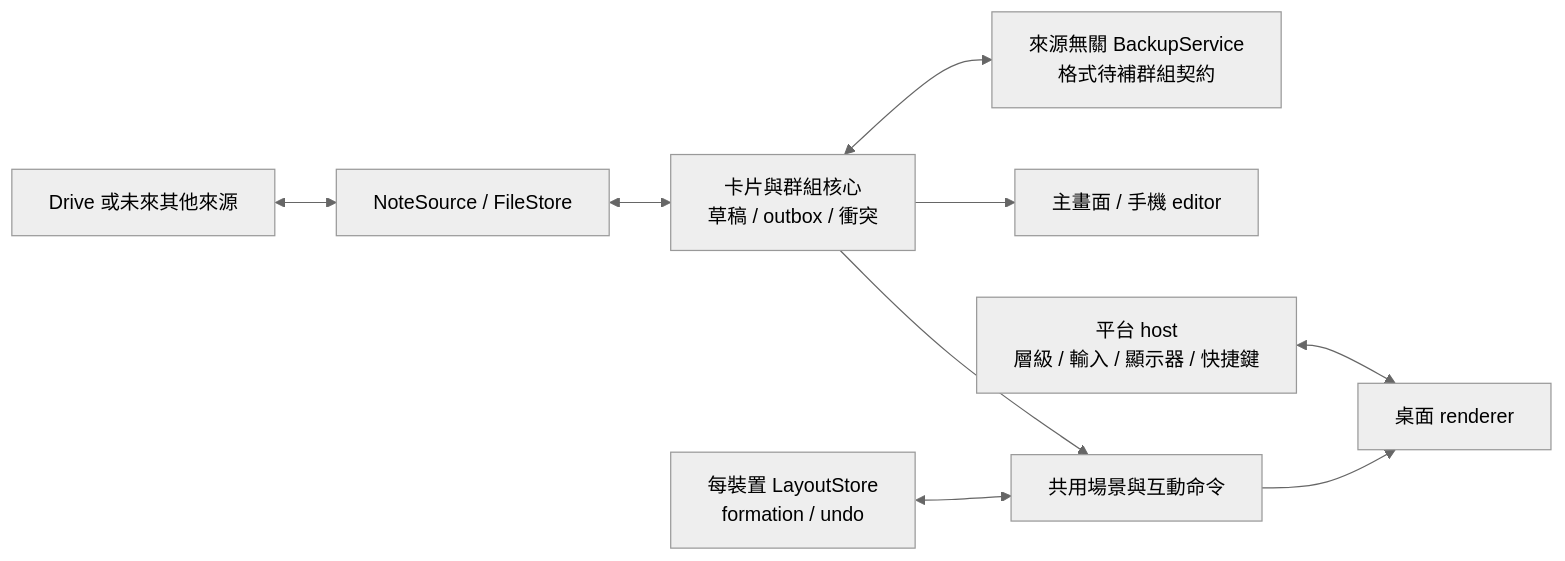
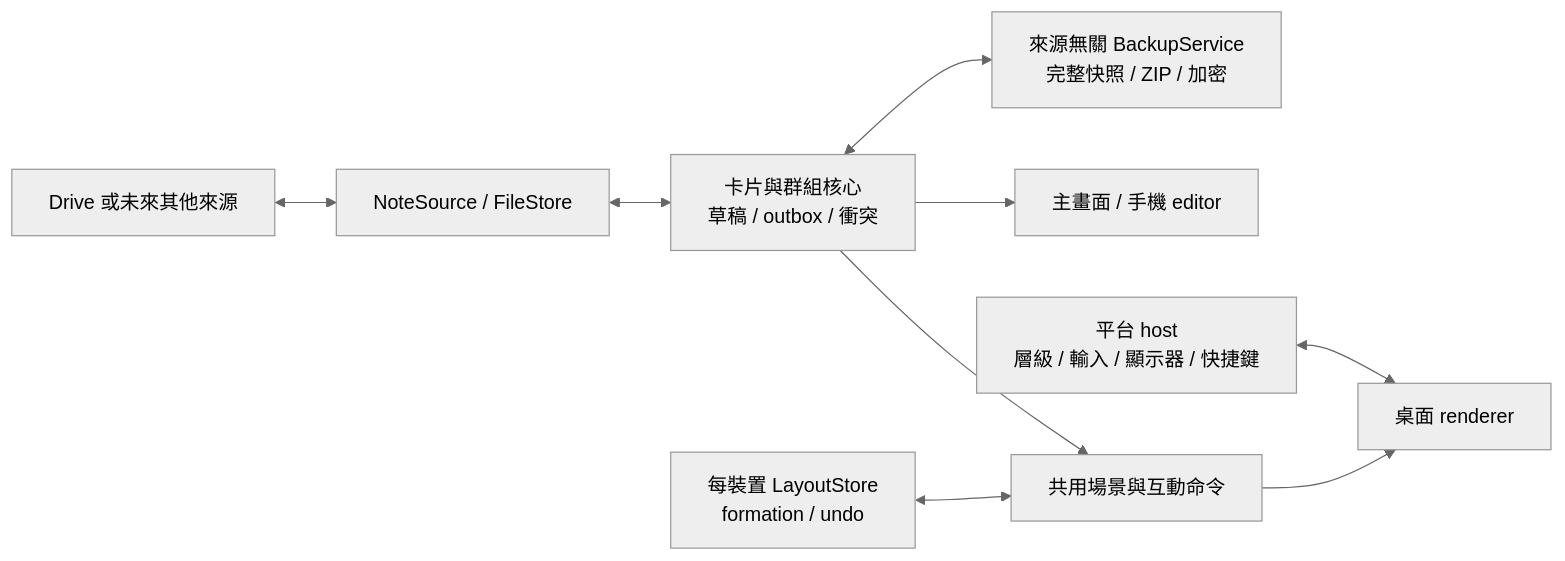
The first of 2 diagrams in docs/architecture.md (sammykenny2/desktop-work-fleet), drawn with Mermaid (neutral theme) before and after one commit. The commit also changed other lines of this file and 32 other files, not shown here.

````diff
--- a/docs/architecture.md
+++ b/docs/architecture.md
@@ -26,15 +31,15 @@
 ```mermaid
 flowchart LR
   Provider[Drive 或未來其他來源] <--> Source[NoteSource / FileStore]
   Source <--> Core[卡片與群組核心
 草稿 / outbox / 衝突]
   Core --> Scene[共用場景與互動命令]
   Layout[每裝置 LayoutStore
 formation / undo] <--> Scene
   Scene --> Desktop[桌面 renderer]
   Core --> Editor[主畫面 / 手機 editor]
   Host[平台 host
 層級 / 輸入 / 顯示器 / 快捷鍵] <--> Desktop
   Core <--> Backup[來源無關 BackupService
-格式待補群組契約]
+完整快照 / ZIP / 加密]
 ```
````
